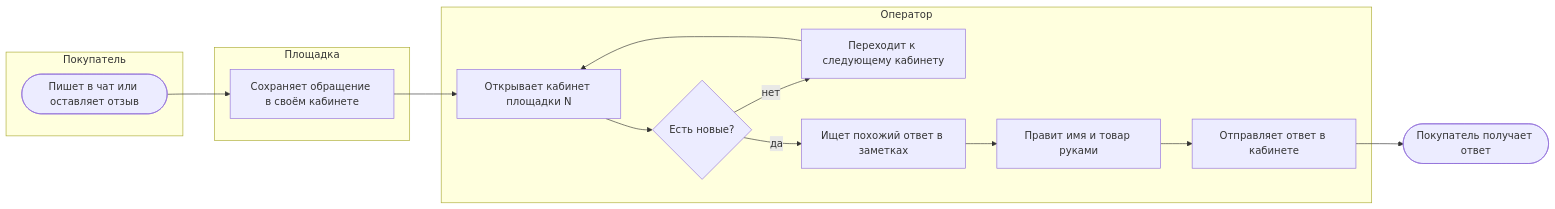
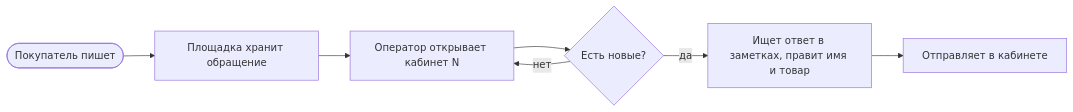
The first of 2 diagrams in projects/01-sellerdesk/docs/02-analysis/processes.md (Georgy213123/ai-product-engineering), drawn with Mermaid before and after one commit. The commit also changed other lines of this file and 16 other files, not shown here.

````diff
--- a/projects/01-sellerdesk/docs/02-analysis/processes.md
+++ b/projects/01-sellerdesk/docs/02-analysis/processes.md
@@ -10,18 +7,9 @@
 ```mermaid
 flowchart LR
-    subgraph Покупатель
-        A([Пишет в чат или оставляет отзыв])
-    end
-    subgraph Площадка
-        B[Сохраняет обращение в своём кабинете]
-    end
-    subgraph Оператор
-        C[Открывает кабинет площадки N] --> D{Есть новые?}
-        D -- нет --> E[Переходит к следующему кабинету] --> C
-        D -- да --> F[Ищет похожий ответ в заметках]
-        F --> G[Правит имя и товар руками]
-        G --> H[Отправляет ответ в кабинете]
-    end
-    A --> B --> C
-    H --> I([Покупатель получает ответ])
+    A([Покупатель пишет]) --> B[Площадка хранит обращение]
+    B --> C[Оператор открывает кабинет N]
+    C --> D{Есть новые?}
+    D -- нет --> C
+    D -- да --> F[Ищет ответ в заметках, правит имя и товар]
+    F --> H[Отправляет в кабинете]
 ```
````
